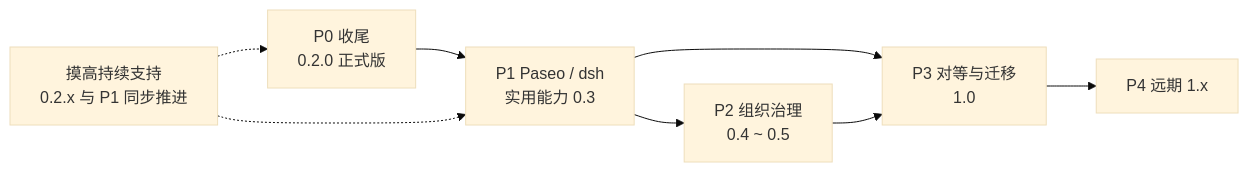
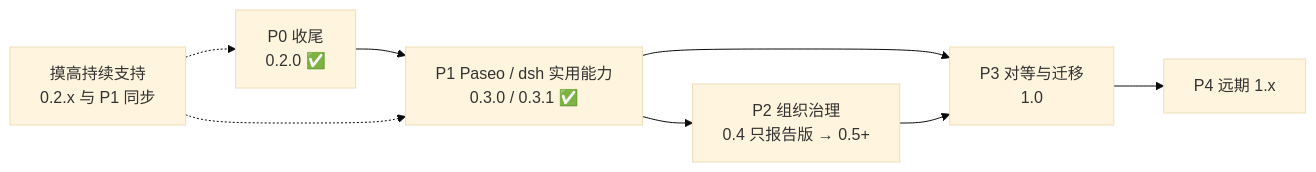
The first of 2 diagrams in docs/roadmap.md (yiyisf/laoshi), drawn with Mermaid (base theme) before and after one commit. The commit also changed other lines of this file and 16 other files, not shown here.

Commit message:
feat: 完善一步安装升级、U11/U12/U13 与 0.3.1 Roadmap 文档同步 (#67)

````diff
--- a/docs/roadmap.md
+++ b/docs/roadmap.md
@@ -133,10 +133,10 @@
 ```mermaid
 flowchart LR
-  P0["P0 收尾<br/>0.2.0 正式版"] --> P1["P1 Paseo / dsh<br/>实用能力 0.3"]
-  P1 --> P2["P2 组织治理<br/>0.4 ~ 0.5"]
+  P0["P0 收尾<br/>0.2.0 ✅"] --> P1["P1 Paseo / dsh 实用能力<br/>0.3.0 / 0.3.1 ✅"]
+  P1 --> P2["P2 组织治理<br/>0.4 只报告版 → 0.5+"]
   P1 --> P3["P3 对等与迁移<br/>1.0"]
   P2 --> P3
   P3 --> P4["P4 远期 1.x"]
-  MG["摸高持续支持<br/>0.2.x 与 P1 同步推进"] -.-> P0
+  MG["摸高持续支持<br/>0.2.x 与 P1 同步"] -.-> P0
   MG -.-> P1
 ```
````
